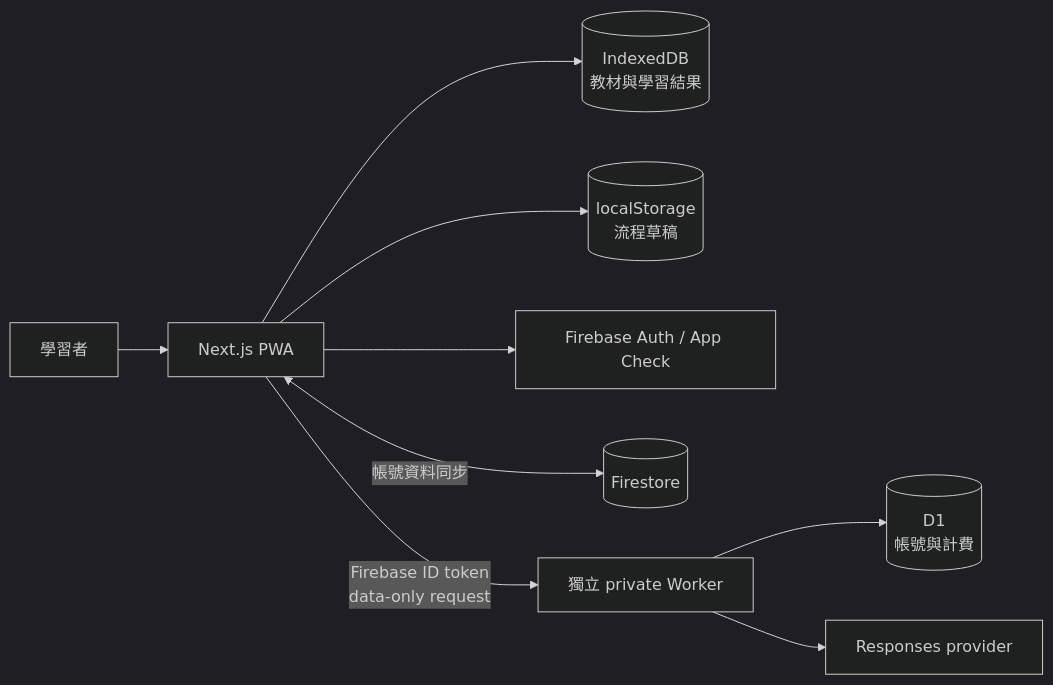
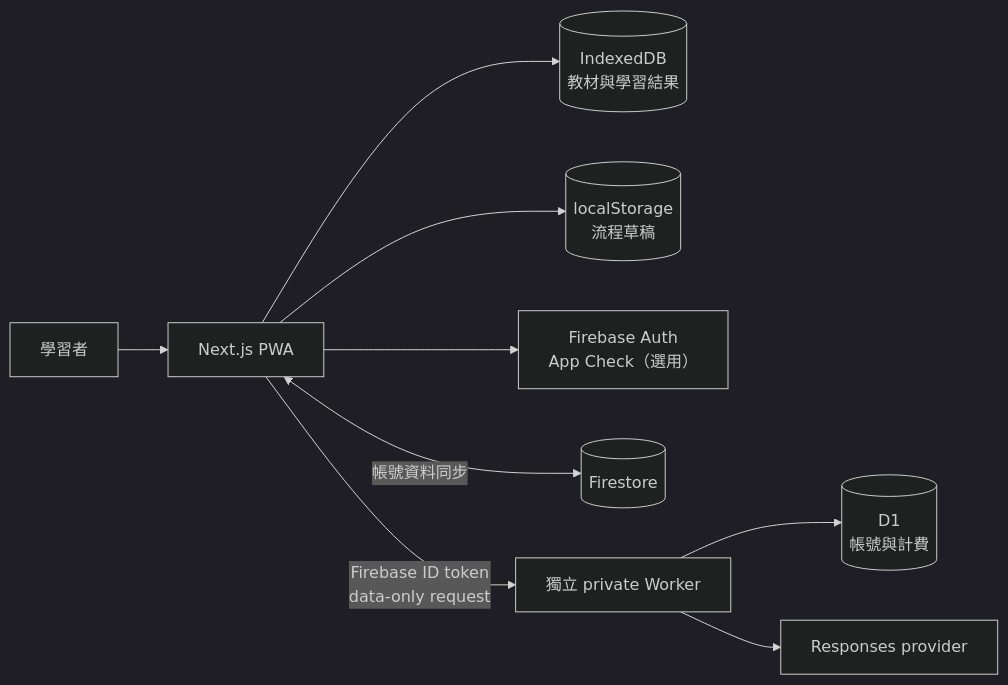
Before and after one commit to tavricccc/lexiro: the diagram in README.md, drawn with Mermaid (dark theme). The commit also changed other lines of this file and 9 other files, not shown here.

Commit message:
feat(auth): optional App Check token on Worker requests (off unless a site key is set)

````diff
--- a/README.md
+++ b/README.md
@@ -21,11 +21,11 @@
 ```mermaid
 flowchart LR
     U[學習者] --> PWA[Next.js PWA]
     PWA --> IDB[(IndexedDB<br/>教材與學習結果)]
     PWA --> Draft[(localStorage<br/>流程草稿)]
-    PWA --> Auth[Firebase Auth / App Check]
+    PWA --> Auth[Firebase Auth<br/>App Check（選用）]
     PWA <-->|帳號資料同步| FS[(Firestore)]
     PWA -->|Firebase ID token<br/>data-only request| W[獨立 private Worker]
     W --> D1[(D1<br/>帳號與計費)]
     W --> Provider[Responses provider]
 ```
````
